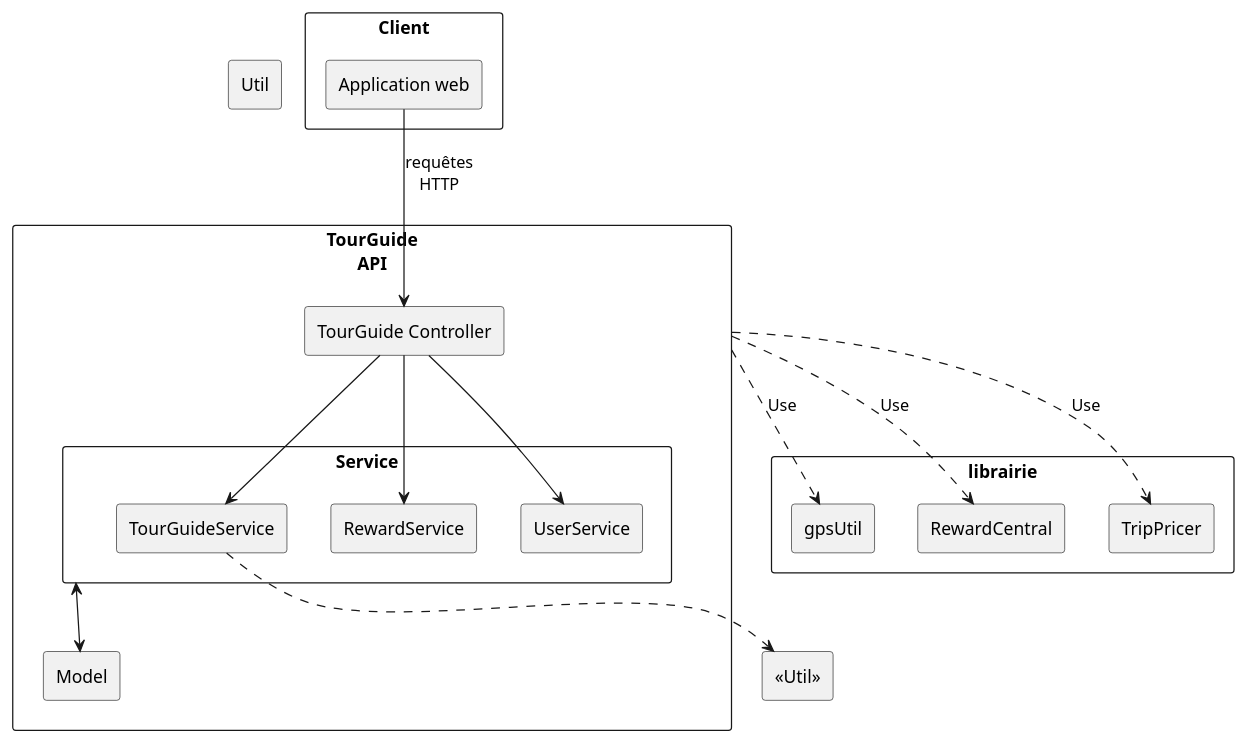
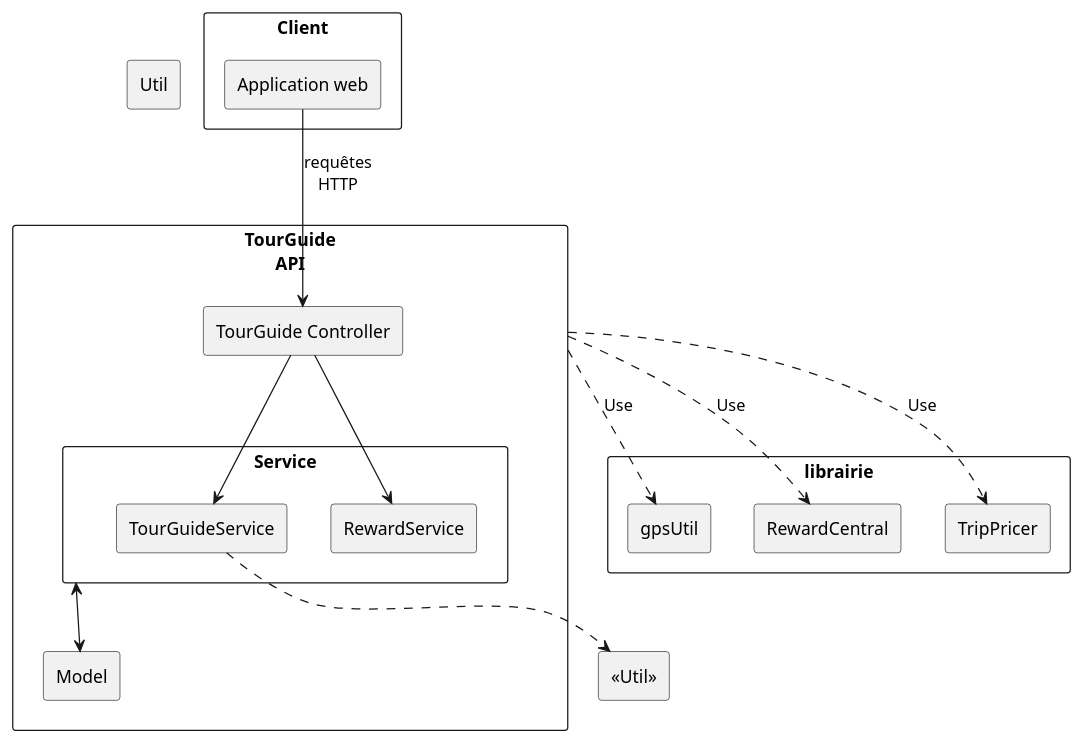
The diagram in schema.puml (GuillBuj/P8-TourGuide), drawn with PlantUML before and after one commit.

Commit message:
schema mini

```diff
--- a/schema.puml
+++ b/schema.puml
@@ -1,50 +1,48 @@
 @startuml
 skinparam componentStyle rectangle
 skinparam packageStyle rectangle
 
 ' Client web
 package "«Client»" {
     [Application web]
 }
 
 ' TourGuide API
 package "TourGuide\nAPI" {
 
     [TourGuide Controller]
 
     package "«Service»" {
         [TourGuideService]
         [RewardService]
-        [UserService]
     }
 
     package "«Model»" {
     }
 }
 
 ' Util
 package "«Util»" {
 }
 
 ' Librairies
 package "«librairie»" {
     [gpsUtil]
     [RewardCentral]
     [TripPricer]
 }
 
 
 ' Relations
 [Application web] --> [TourGuide Controller] : requêtes\nHTTP
 
 [TourGuide Controller] --> [TourGuideService]
 [TourGuide Controller] --> [RewardService]
-[TourGuide Controller] --> [UserService]
 
 [TourGuide\nAPI] ..> [gpsUtil] : Use
 [TourGuide\nAPI] ..> [RewardCentral] : Use
 [TourGuide\nAPI] ..> [TripPricer] : Use
 [Service] <--> [Model]
 [TourGuideService] ..> [«Util»]
 
 @enduml
```
